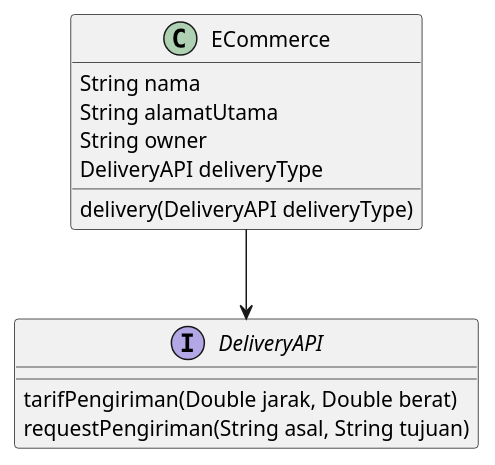
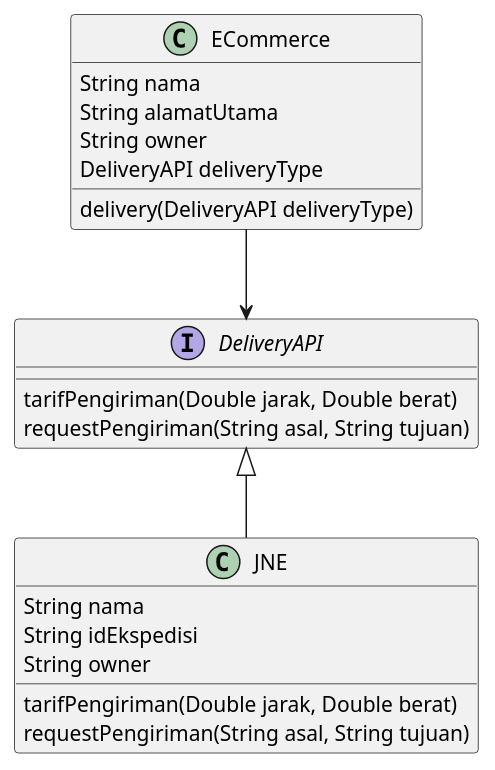
Before and after one commit to rizki0987/pbpu-a-2022: the diagram in Kelompok 2/uml-diagram-kel-2.puml, drawn with PlantUML.

Commit message:
Update uml-diagram-kel-2.puml
add JNE class as one of expedition option

```diff
--- a/Kelompok 2/uml-diagram-kel-2.puml
+++ b/Kelompok 2/uml-diagram-kel-2.puml
@@ -1,16 +1,25 @@
 @startuml
 class ECommerce {
     String nama
     String alamatUtama
     String owner
     DeliveryAPI deliveryType
     delivery(DeliveryAPI deliveryType)
 }
 
 interface DeliveryAPI {
     tarifPengiriman(Double jarak, Double berat)
     requestPengiriman(String asal, String tujuan)
 }
 
-ECommerce --> DeliveryAPI 
+class JNE {
+    String nama
+    String idEkspedisi
+    String owner
+    tarifPengiriman(Double jarak, Double berat)
+    requestPengiriman(String asal, String tujuan)
+}
+
+ECommerce --> DeliveryAPI
+DeliveryAPI <|-- JNE
 @enduml
```
